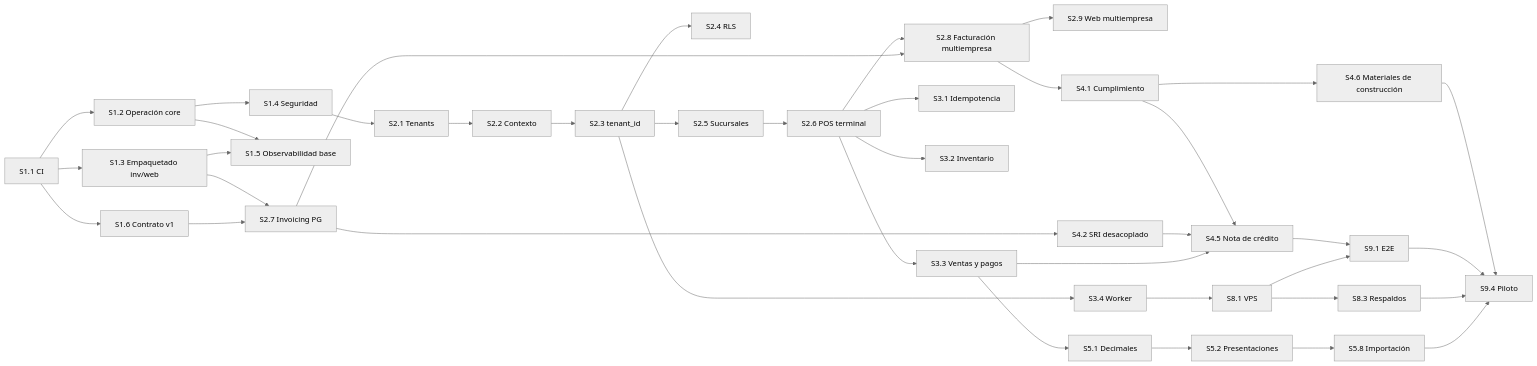
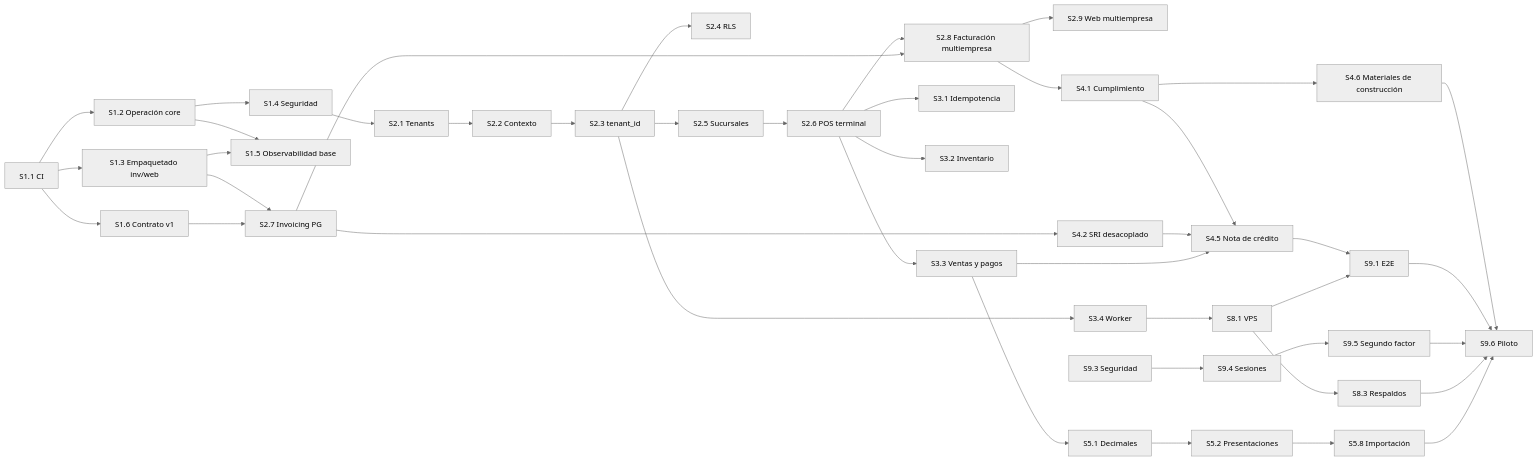
Before and after one commit to faclab-ec/faclab-api: the second of 2 diagrams in docs/architecture/ROADMAP.md, drawn with Mermaid (neutral theme). The commit also changed other lines of this file and 43 other files, not shown here.

````diff
--- a/docs/architecture/ROADMAP.md
+++ b/docs/architecture/ROADMAP.md
@@ -894,37 +915,38 @@
 ```mermaid
 flowchart LR
     S11[S1.1 CI] --> S12[S1.2 Operación core]
     S11 --> S13[S1.3 Empaquetado inv/web]
     S11 --> S16[S1.6 Contrato v1]
     S12 --> S14[S1.4 Seguridad]
     S12 --> S15[S1.5 Observabilidad base]
     S13 --> S15
     S14 --> S21[S2.1 Tenants]
     S21 --> S22[S2.2 Contexto] --> S23[S2.3 tenant_id] --> S24[S2.4 RLS]
     S23 --> S25[S2.5 Sucursales] --> S26[S2.6 POS terminal]
     S13 --> S27[S2.7 Invoicing PG]
     S16 --> S27
     S26 --> S28[S2.8 Facturación multiempresa]
     S27 --> S28
     S28 --> S29[S2.9 Web multiempresa]
     S26 --> S31[S3.1 Idempotencia]
     S26 --> S32[S3.2 Inventario]
     S26 --> S33[S3.3 Ventas y pagos]
     S23 --> S34[S3.4 Worker]
     S28 --> S41[S4.1 Cumplimiento]
     S27 --> S42[S4.2 SRI desacoplado]
     S41 --> S45[S4.5 Nota de crédito]
     S41 --> S46[S4.6 Materiales de construcción]
-    S46 --> S94
+    S46 --> S96
     S42 --> S45
     S33 --> S45
     S33 --> S51[S5.1 Decimales] --> S52[S5.2 Presentaciones]
     S52 --> S58[S5.8 Importación]
     S34 --> S81[S8.1 VPS]
     S81 --> S83[S8.3 Respaldos]
     S45 --> S91[S9.1 E2E]
     S81 --> S91
-    S91 --> S94[S9.4 Piloto]
-    S83 --> S94
-    S58 --> S94
+    S91 --> S96[S9.6 Piloto]
+    S93[S9.3 Seguridad] --> S94[S9.4 Sesiones] --> S95[S9.5 Segundo factor] --> S96
+    S83 --> S96
+    S58 --> S96
 ```
````
